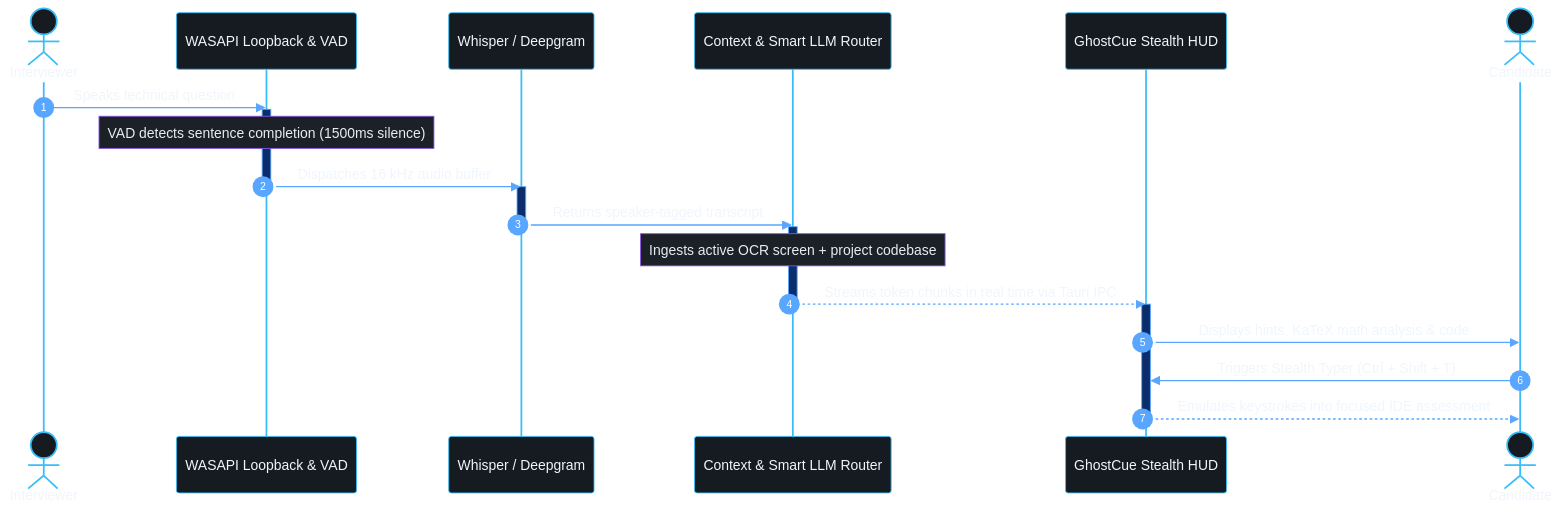
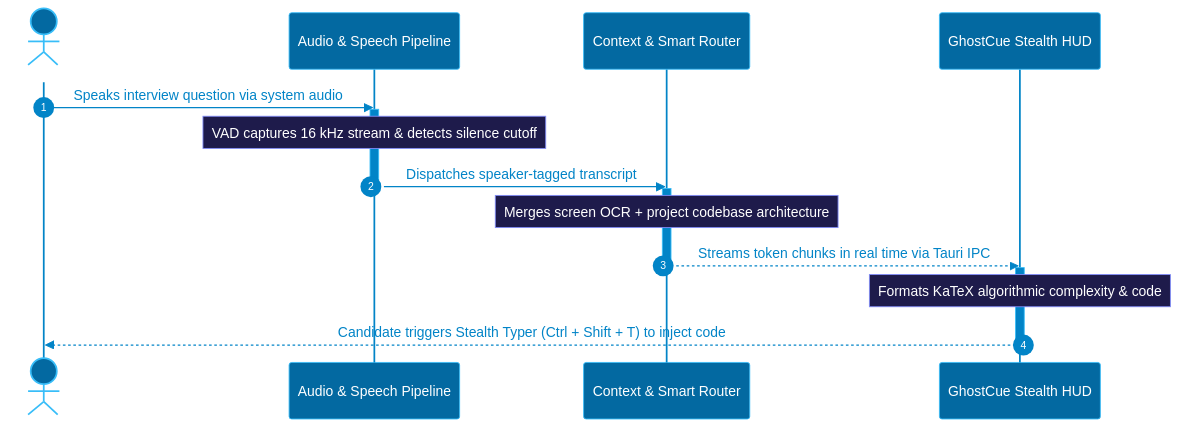
The second of 2 diagrams in README.md (Aera0908/GhostCue), drawn with Mermaid before and after one commit.

Commit message:
docs: streamline sequence diagram with high contrast theme and 15px typography

````diff
--- a/README.md
+++ b/README.md
@@ -119,53 +119,44 @@
 ```mermaid
 %%{init: {
   'theme': 'base',
   'themeVariables': {
-    'darkMode': true,
-    'background': '#0d1117',
-    'actorBkg': '#161b22',
+    'actorBkg': '#0369a1',
     'actorBorder': '#38bdf8',
-    'actorTextColor': '#f0f6fc',
-    'actorLineColor': '#38bdf8',
-    'signalColor': '#58a6ff',
-    'signalTextColor': '#f0f6fc',
-    'labelBoxBkgColor': '#161b22',
-    'labelBoxBorderColor': '#388bfd',
-    'labelTextColor': '#f0f6fc',
-    'loopTextColor': '#f0f6fc',
-    'noteBkgColor': '#1c2128',
-    'noteBorderColor': '#8957e5',
-    'noteTextColor': '#e6edf3',
-    'activationBkgColor': '#0c2d6b',
-    'activationBorderColor': '#58a6ff',
+    'actorTextColor': '#ffffff',
+    'actorLineColor': '#0284c7',
+    'signalColor': '#0284c7',
+    'signalTextColor': '#0284c7',
+    'labelBoxBkgColor': '#0f172a',
+    'labelBoxBorderColor': '#38bdf8',
+    'labelTextColor': '#ffffff',
+    'noteBkgColor': '#1e1b4b',
+    'noteBorderColor': '#818cf8',
+    'noteTextColor': '#ffffff',
+    'activationBkgColor': '#0284c7',
+    'activationBorderColor': '#38bdf8',
     'sequenceNumberColor': '#ffffff',
-    'fontSize': '14px',
+    'fontSize': '15px',
     'fontFamily': 'ui-sans-serif, system-ui, -apple-system, sans-serif'
   }
 }}%%
 sequenceDiagram
     autonumber
     actor Interviewer as Interviewer
-    participant Audio as WASAPI Loopback & VAD
-    participant STT as Whisper / Deepgram
-    participant Engine as Context & Smart LLM Router
+    participant AudioEngine as Audio & Speech Pipeline
+    participant LLM as Context & Smart Router
     participant HUD as GhostCue Stealth HUD
-    actor Candidate as Candidate
 
-    Interviewer->>Audio: Speaks technical question
-    activate Audio
-    Note over Audio: VAD detects sentence completion (1500ms silence)
-    Audio->>STT: Dispatches 16 kHz audio buffer
-    deactivate Audio
-    activate STT
-    STT->>Engine: Returns speaker-tagged transcript
-    deactivate STT
-    activate Engine
-    Note over Engine: Ingests active OCR screen + project codebase
-    Engine-->>HUD: Streams token chunks in real time via Tauri IPC
-    deactivate Engine
+    Interviewer->>AudioEngine: Speaks interview question via system audio
+    activate AudioEngine
+    Note over AudioEngine: VAD captures 16 kHz stream & detects silence cutoff
+    AudioEngine->>LLM: Dispatches speaker-tagged transcript
+    deactivate AudioEngine
+    activate LLM
+    Note over LLM: Merges screen OCR + project codebase architecture
+    LLM-->>HUD: Streams token chunks in real time via Tauri IPC
+    deactivate LLM
     activate HUD
-    HUD->>Candidate: Displays hints, KaTeX math analysis & code
-    Candidate->>HUD: Triggers Stealth Typer (Ctrl + Shift + T)
-    HUD-->>Candidate: Emulates keystrokes into focused IDE assessment
+    Note over HUD: Formats KaTeX algorithmic complexity & code
+    HUD-->>Interviewer: Candidate triggers Stealth Typer (Ctrl + Shift + T) to inject code
     deactivate HUD
 ```
````
